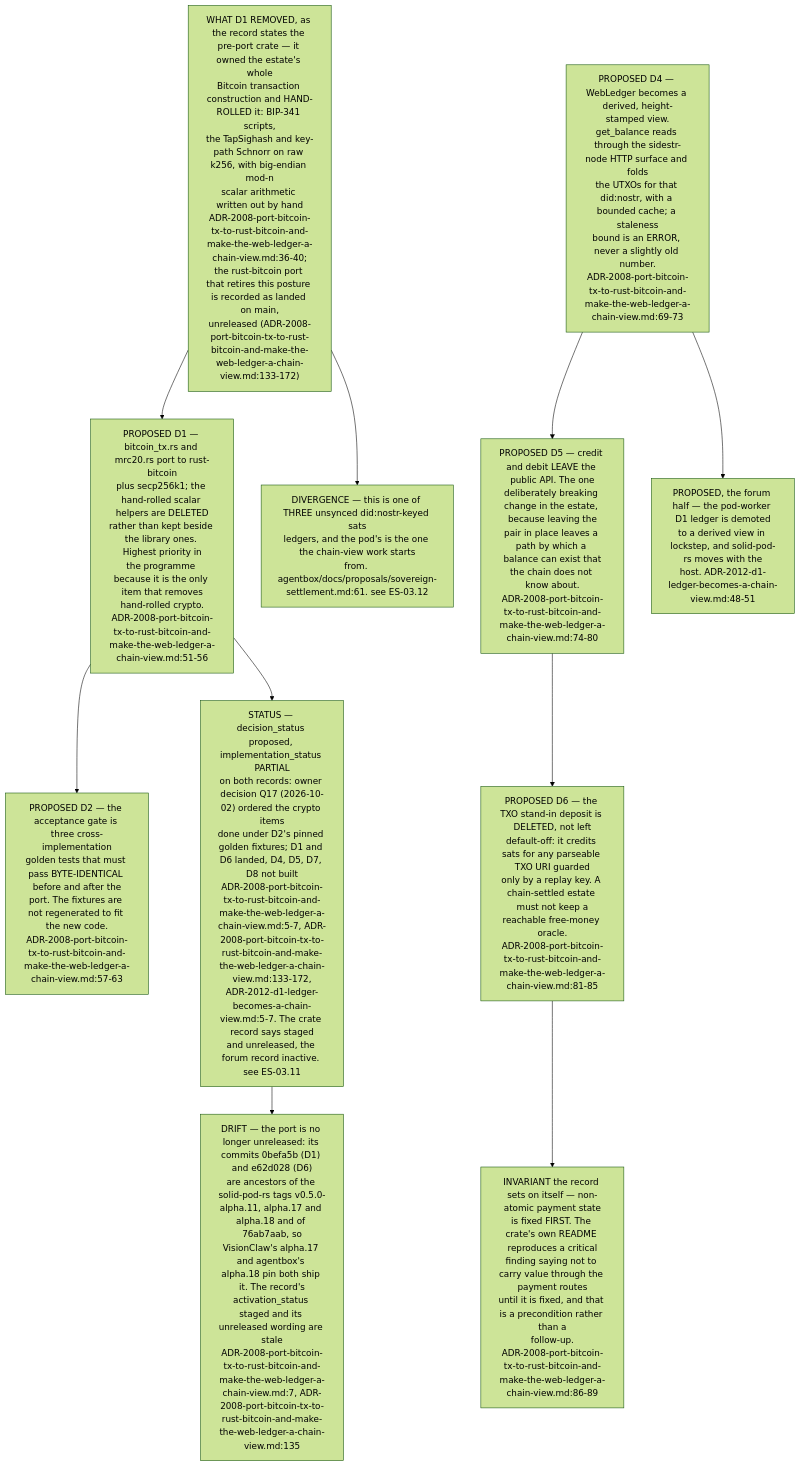
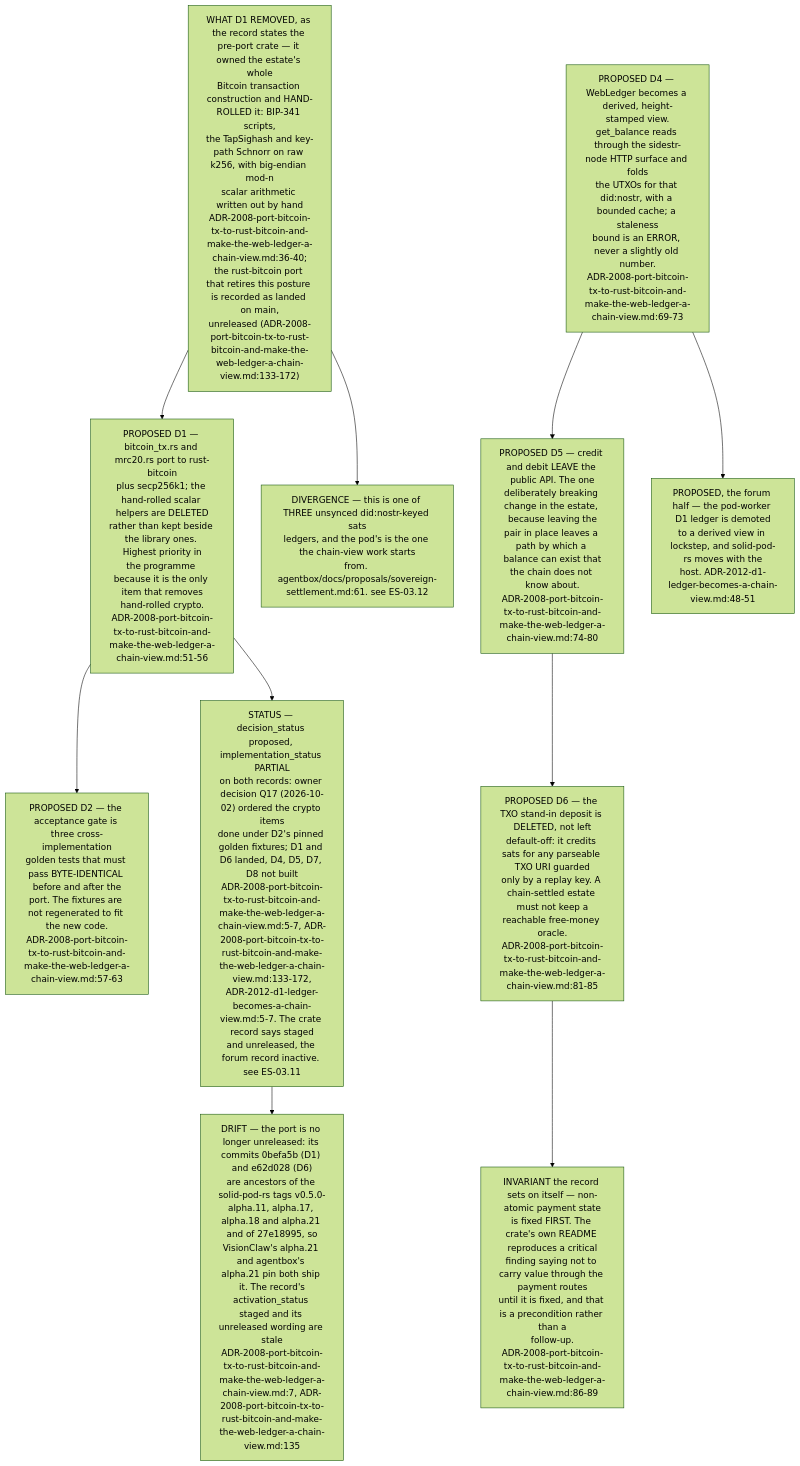
One commit to DreamLab-AI/VisionFlow changed diagram 12 of 13 in docs/diagrams/estate/08-solid-pod-estate.md. Above: the diagram before and after it, drawn with Mermaid (forest theme). The commit also changed other lines of this file and 49 other files, not shown here.

First line of the commit message:
docs(diagrams): re-derive and re-stamp VisionClaw, estate, knowledge-graph, visionGraph, VisionFlow and sidestr topics

````diff
--- a/docs/diagrams/estate/08-solid-pod-estate.md
+++ b/docs/diagrams/estate/08-solid-pod-estate.md
@@ -516,31 +516,31 @@
 ```mermaid
 flowchart TB
     CRYPTO["WHAT D1 REMOVED, as the record states the pre-port crate — it owned the estate's whole<br/>Bitcoin transaction construction and HAND-ROLLED it: BIP-341 scripts,<br/>the TapSighash and key-path Schnorr on raw k256, with big-endian mod-n<br/>scalar arithmetic written out by hand<br/>ADR-2008-port-bitcoin-tx-to-rust-bitcoin-and-make-the-web-ledger-a-chain-view.md:36-40;<br/>the rust-bitcoin port that retires this posture is recorded as landed on main,<br/>unreleased (ADR-2008-port-bitcoin-tx-to-rust-bitcoin-and-make-the-web-ledger-a-chain-view.md:133-172)"]
 
     PORT["PROPOSED D1 — bitcoin_tx.rs and mrc20.rs port to rust-bitcoin<br/>plus secp256k1; the hand-rolled scalar helpers are DELETED<br/>rather than kept beside the library ones. Highest priority in<br/>the programme because it is the only item that removes<br/>hand-rolled crypto.<br/>ADR-2008-port-bitcoin-tx-to-rust-bitcoin-and-make-the-web-ledger-a-chain-view.md:51-56"]
     CRYPTO --> PORT
 
     GATE["PROPOSED D2 — the acceptance gate is three cross-implementation<br/>golden tests that must pass BYTE-IDENTICAL before and after the<br/>port. The fixtures are not regenerated to fit the new code.<br/>ADR-2008-port-bitcoin-tx-to-rust-bitcoin-and-make-the-web-ledger-a-chain-view.md:57-63"]
     PORT --> GATE
 
     VIEW["PROPOSED D4 — WebLedger becomes a derived, height-stamped view.<br/>get_balance reads through the sidestr-node HTTP surface and folds<br/>the UTXOs for that did:nostr, with a bounded cache; a staleness<br/>bound is an ERROR, never a slightly old number.<br/>ADR-2008-port-bitcoin-tx-to-rust-bitcoin-and-make-the-web-ledger-a-chain-view.md:69-73"]
     API["PROPOSED D5 — credit and debit LEAVE the public API. The one<br/>deliberately breaking change in the estate, because leaving the<br/>pair in place leaves a path by which a balance can exist that<br/>the chain does not know about.<br/>ADR-2008-port-bitcoin-tx-to-rust-bitcoin-and-make-the-web-ledger-a-chain-view.md:74-80"]
     VIEW --> API
 
     TXO["PROPOSED D6 — the TXO stand-in deposit is DELETED, not left<br/>default-off: it credits sats for any parseable TXO URI guarded<br/>only by a replay key. A chain-settled estate must not keep a<br/>reachable free-money oracle.<br/>ADR-2008-port-bitcoin-tx-to-rust-bitcoin-and-make-the-web-ledger-a-chain-view.md:81-85"]
     API --> TXO
 
     FORUM["PROPOSED, the forum half — the pod-worker D1 ledger is demoted<br/>to a derived view in lockstep, and solid-pod-rs moves with the<br/>host. ADR-2012-d1-ledger-becomes-a-chain-view.md:48-51"]
     VIEW --> FORUM
 
     PRE["INVARIANT the record sets on itself — non-atomic payment state<br/>is fixed FIRST. The crate's own README reproduces a critical<br/>finding saying not to carry value through the payment routes<br/>until it is fixed, and that is a precondition rather than a<br/>follow-up.<br/>ADR-2008-port-bitcoin-tx-to-rust-bitcoin-and-make-the-web-ledger-a-chain-view.md:86-89"]
     TXO --> PRE
 
     NOTLIVE["STATUS — decision_status proposed, implementation_status PARTIAL<br/>on both records: owner decision Q17 (2026-10-02) ordered the crypto items<br/>done under D2's pinned golden fixtures; D1 and D6 landed, D4, D5, D7, D8 not built<br/>ADR-2008-port-bitcoin-tx-to-rust-bitcoin-and-make-the-web-ledger-a-chain-view.md:5-7, ADR-2008-port-bitcoin-tx-to-rust-bitcoin-and-make-the-web-ledger-a-chain-view.md:133-172,<br/>ADR-2012-d1-ledger-becomes-a-chain-view.md:5-7. The crate record says staged<br/>and unreleased, the forum record inactive. see ES-03.11"]
-    DRIFT["DRIFT — the port is no longer unreleased: its commits 0befa5b (D1) and e62d028 (D6)<br/>are ancestors of the solid-pod-rs tags v0.5.0-alpha.11, alpha.17 and alpha.18 and of 76ab7aab, so<br/>VisionClaw's alpha.17 and agentbox's alpha.18 pin both ship it. The record's<br/>activation_status staged and its unreleased wording are stale<br/>ADR-2008-port-bitcoin-tx-to-rust-bitcoin-and-make-the-web-ledger-a-chain-view.md:7, ADR-2008-port-bitcoin-tx-to-rust-bitcoin-and-make-the-web-ledger-a-chain-view.md:135"]
+    DRIFT["DRIFT — the port is no longer unreleased: its commits 0befa5b (D1) and e62d028 (D6)<br/>are ancestors of the solid-pod-rs tags v0.5.0-alpha.11, alpha.17, alpha.18 and alpha.21 and of 27e18995, so<br/>VisionClaw's alpha.21 and agentbox's alpha.21 pin both ship it. The record's<br/>activation_status staged and its unreleased wording are stale<br/>ADR-2008-port-bitcoin-tx-to-rust-bitcoin-and-make-the-web-ledger-a-chain-view.md:7, ADR-2008-port-bitcoin-tx-to-rust-bitcoin-and-make-the-web-ledger-a-chain-view.md:135"]
     NOTLIVE --> DRIFT
     PORT --> NOTLIVE
 
     THREE["DIVERGENCE — this is one of THREE unsynced did:nostr-keyed sats<br/>ledgers, and the pod's is the one the chain-view work starts<br/>from. agentbox/docs/proposals/sovereign-settlement.md:61. see ES-03.12"]
     CRYPTO --> THREE
 ```
````
